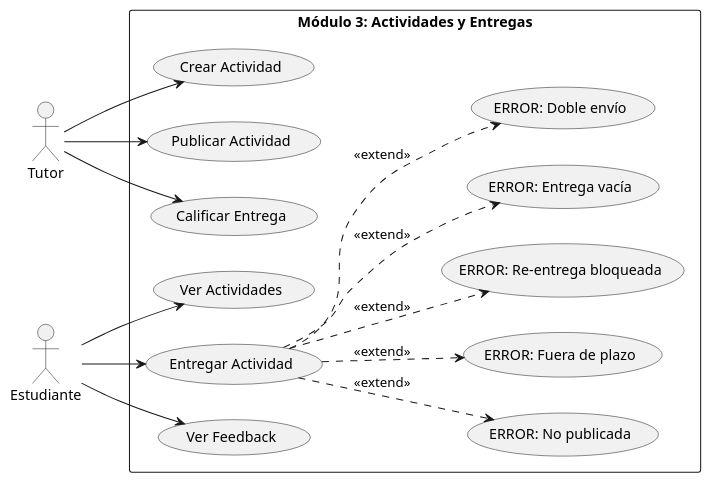
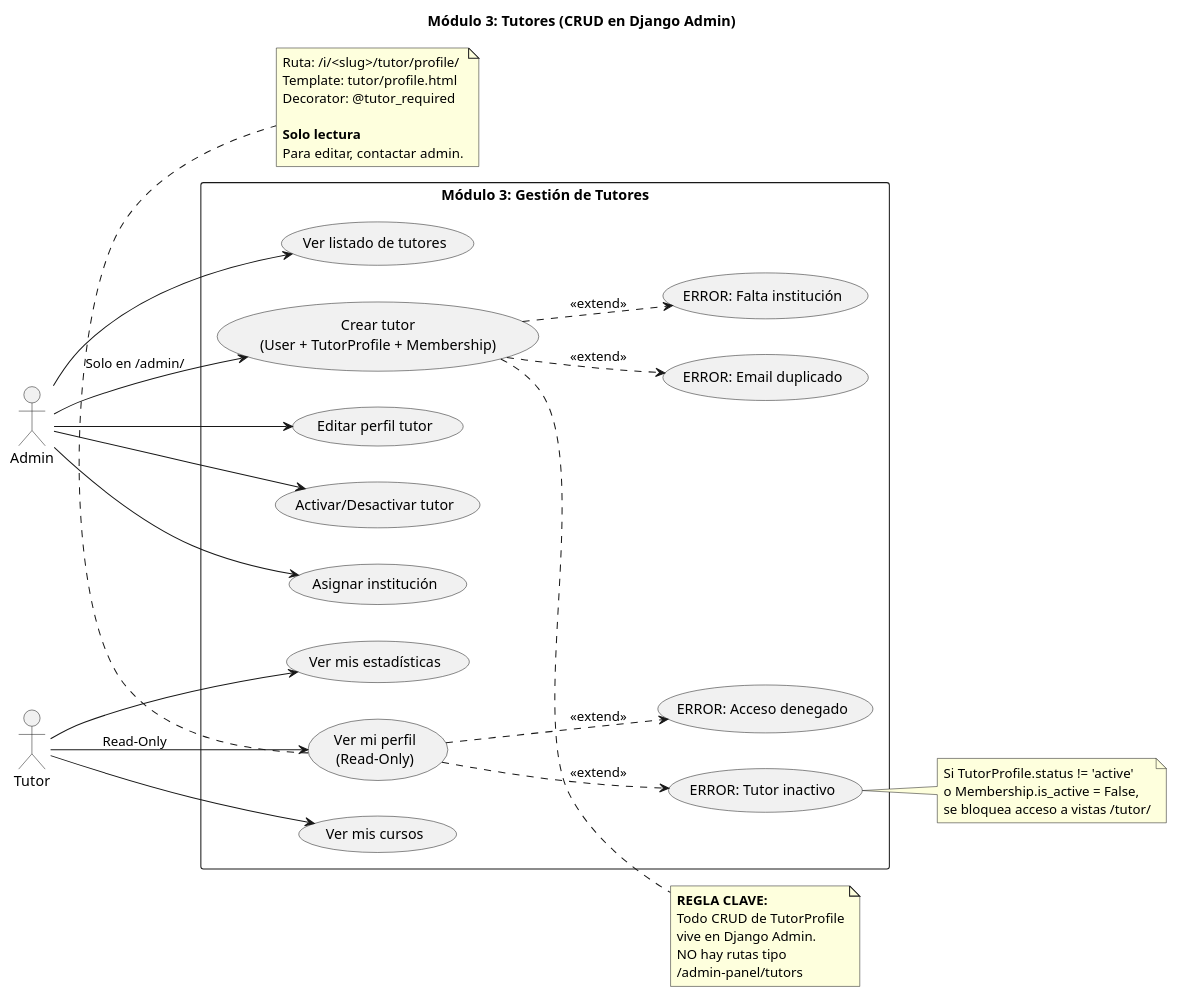
Before and after one commit to Luvigo/Max: the diagram in docs/uml/module3/use_cases.puml, drawn with PlantUML. The commit also changed 11 other files, not shown here.

First line of the commit message:
MÓDULO 3: Tutores gestionados desde Django Admin

```diff
--- a/docs/uml/module3/use_cases.puml
+++ b/docs/uml/module3/use_cases.puml
@@ -1,34 +1,62 @@
 @startuml
+title Módulo 3: Tutores (CRUD en Django Admin)
 left to right direction
+
+actor Admin
 actor Tutor
-actor Estudiante
 
-rectangle "Módulo 3: Actividades y Entregas" {
-  usecase "Crear Actividad" as UC_CreateAct
-  usecase "Publicar Actividad" as UC_PublishAct
-  usecase "Ver Actividades" as UC_ViewAct
-  usecase "Entregar Actividad" as UC_Submit
-  usecase "Calificar Entrega" as UC_Grade
-  usecase "Ver Feedback" as UC_ViewFeedback
-
-  usecase "ERROR: No publicada" as E_NotPublished
-  usecase "ERROR: Fuera de plazo" as E_Deadline
-  usecase "ERROR: Re-entrega bloqueada" as E_NoResubmit
-  usecase "ERROR: Entrega vacía" as E_Empty
-  usecase "ERROR: Doble envío" as E_DoubleSubmit
+rectangle "Módulo 3: Gestión de Tutores" {
+  usecase "Crear tutor\n(User + TutorProfile + Membership)" as UC_CreateTutor
+  usecase "Editar perfil tutor" as UC_EditTutor
+  usecase "Activar/Desactivar tutor" as UC_ToggleTutor
+  usecase "Asignar institución" as UC_AssignInst
+  usecase "Ver listado de tutores" as UC_ListTutors
+  
+  usecase "Ver mi perfil\n(Read-Only)" as UC_ViewProfile
+  usecase "Ver mis cursos" as UC_ViewCourses
+  usecase "Ver mis estadísticas" as UC_ViewStats
+  
+  usecase "ERROR: Email duplicado" as E_Dupe
+  usecase "ERROR: Tutor inactivo" as E_Inactive
+  usecase "ERROR: Falta institución" as E_NoInst
+  usecase "ERROR: Acceso denegado" as E_403
 }
 
-Tutor --> UC_CreateAct
-Tutor --> UC_PublishAct
-Tutor --> UC_Grade
+Admin --> UC_CreateTutor : "Solo en /admin/"
+Admin --> UC_EditTutor
+Admin --> UC_ToggleTutor
+Admin --> UC_AssignInst
+Admin --> UC_ListTutors
 
-Estudiante --> UC_ViewAct
-Estudiante --> UC_Submit
-Estudiante --> UC_ViewFeedback
+Tutor --> UC_ViewProfile : "Read-Only"
+Tutor --> UC_ViewCourses
+Tutor --> UC_ViewStats
 
-UC_Submit ..> E_NotPublished : <<extend>>
-UC_Submit ..> E_Deadline : <<extend>>
-UC_Submit ..> E_NoResubmit : <<extend>>
-UC_Submit ..> E_Empty : <<extend>>
-UC_Submit ..> E_DoubleSubmit : <<extend>>
+UC_CreateTutor ..> E_Dupe : <<extend>>
+UC_CreateTutor ..> E_NoInst : <<extend>>
+UC_ViewProfile ..> E_Inactive : <<extend>>
+UC_ViewProfile ..> E_403 : <<extend>>
+
+note right of UC_CreateTutor
+  **REGLA CLAVE:**
+  Todo CRUD de TutorProfile
+  vive en Django Admin.
+  NO hay rutas tipo
+  /admin-panel/tutors
+end note
+
+note bottom of UC_ViewProfile
+  Ruta: /i/<slug>/tutor/profile/
+  Template: tutor/profile.html
+  Decorator: @tutor_required
+  
+  **Solo lectura**
+  Para editar, contactar admin.
+end note
+
+note right of E_Inactive
+  Si TutorProfile.status != 'active'
+  o Membership.is_active = False,
+  se bloquea acceso a vistas /tutor/
+end note
 @enduml
```
